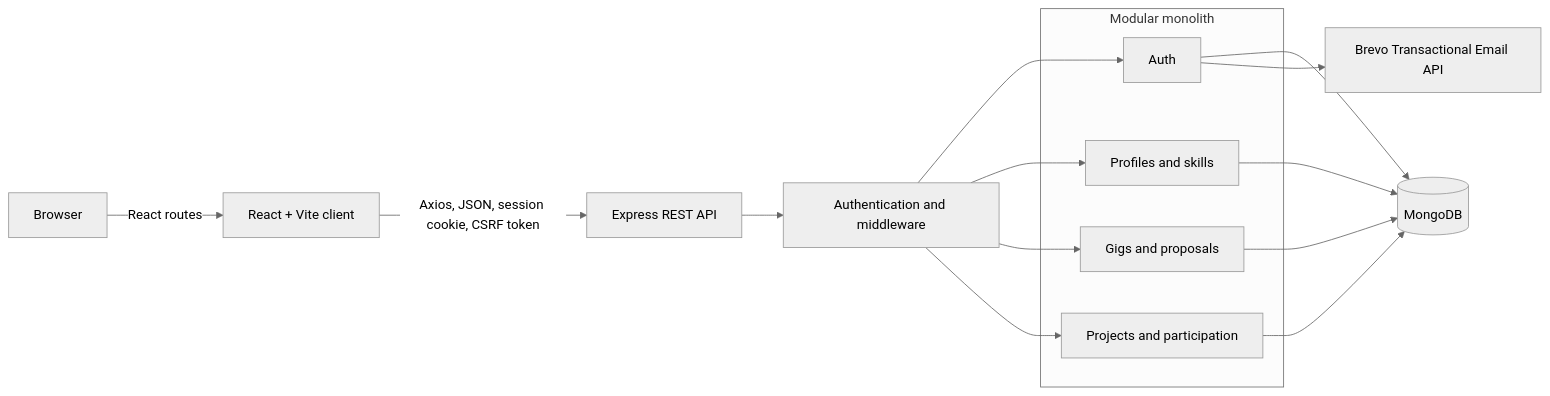
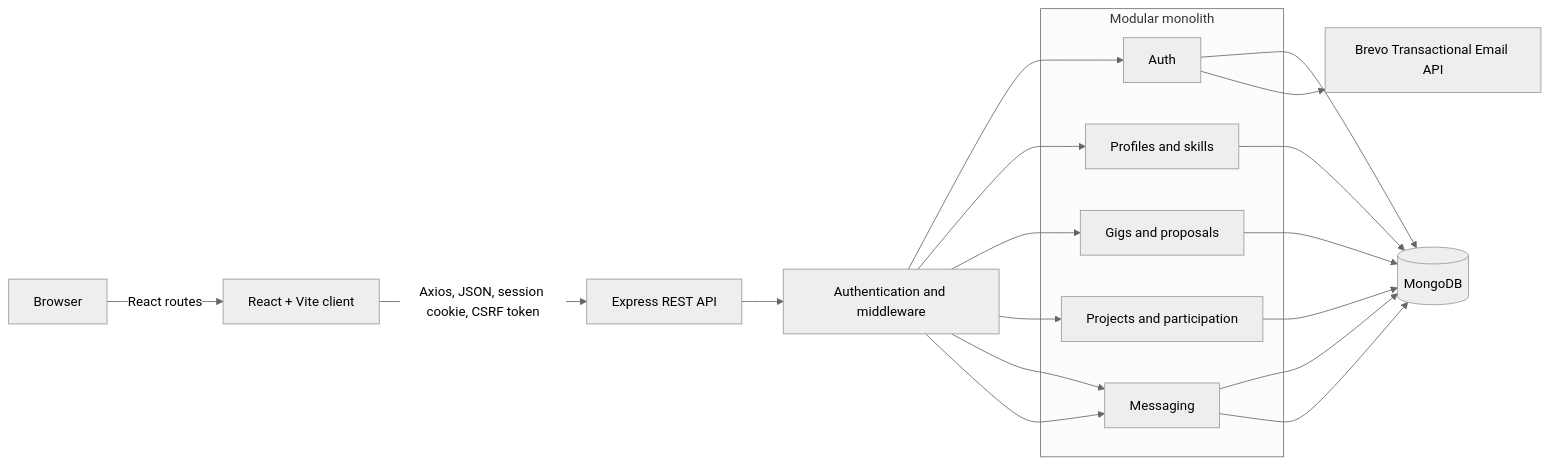
Before and after one commit to sristikundu1/CampusCollab: the diagram in README.md, drawn with Mermaid (neutral theme). The commit also changed other lines of this file and 22 other files, not shown here.

````diff
--- a/README.md
+++ b/README.md
@@ -65,23 +83,29 @@
 ```mermaid
 flowchart LR
     U[Browser] -->|React routes| C[React + Vite client]
     C -->|Axios, JSON, session cookie, CSRF token| A[Express REST API]
     A --> M[Authentication and middleware]
     M --> AUTH
     M --> PROFILE
     M --> GIG
     M --> PROJECT
+    M --> MESSAGE
+    M --> MESSAGE
 
     subgraph MODULES[Modular monolith]
       AUTH[Auth]
       PROFILE[Profiles and skills]
       GIG[Gigs and proposals]
       PROJECT[Projects and participation]
+      MESSAGE[Messaging]
+      MESSAGE[Messaging]
     end
 
     AUTH --> DB[(MongoDB)]
     PROFILE --> DB
     GIG --> DB
     PROJECT --> DB
+    MESSAGE --> DB
+    MESSAGE --> DB
     AUTH --> EMAIL[Brevo Transactional Email API]
 ```
````
